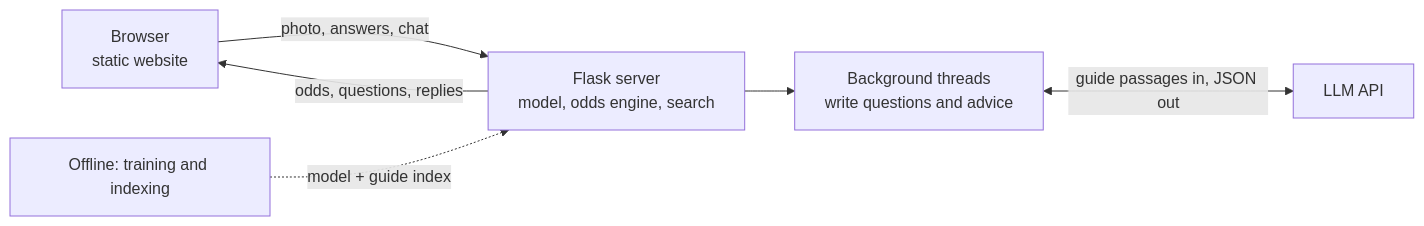
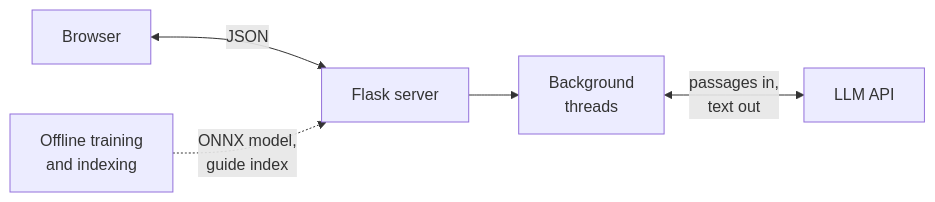
One commit to aakashksen/sprout changed the second of 10 diagrams in README.md. Above: the diagram before and after it, drawn with Mermaid. The commit also changed other lines of this file and 15 other files, not shown here.

````diff
--- a/README.md
+++ b/README.md
@@ -37,8 +71,7 @@
 ```mermaid
 flowchart LR
-    B["Browser<br/>static website"] -->|"photo, answers, chat"| S["Flask server<br/>model, odds engine, search"]
-    S -->|"odds, questions, replies"| B
-    S --> W["Background threads<br/>write questions and advice"]
-    W <-->|"guide passages in, JSON out"| L["LLM API"]
-    T["Offline: training and indexing"] -.->|"model + guide index"| S
+    B["Browser"] <-->|"JSON"| S["Flask server"]
+    S --> W["Background<br/>threads"]
+    W <-->|"passages in,<br/>text out"| L["LLM API"]
+    T["Offline training<br/>and indexing"] -.->|"ONNX model,<br/>guide index"| S
 ```
````
